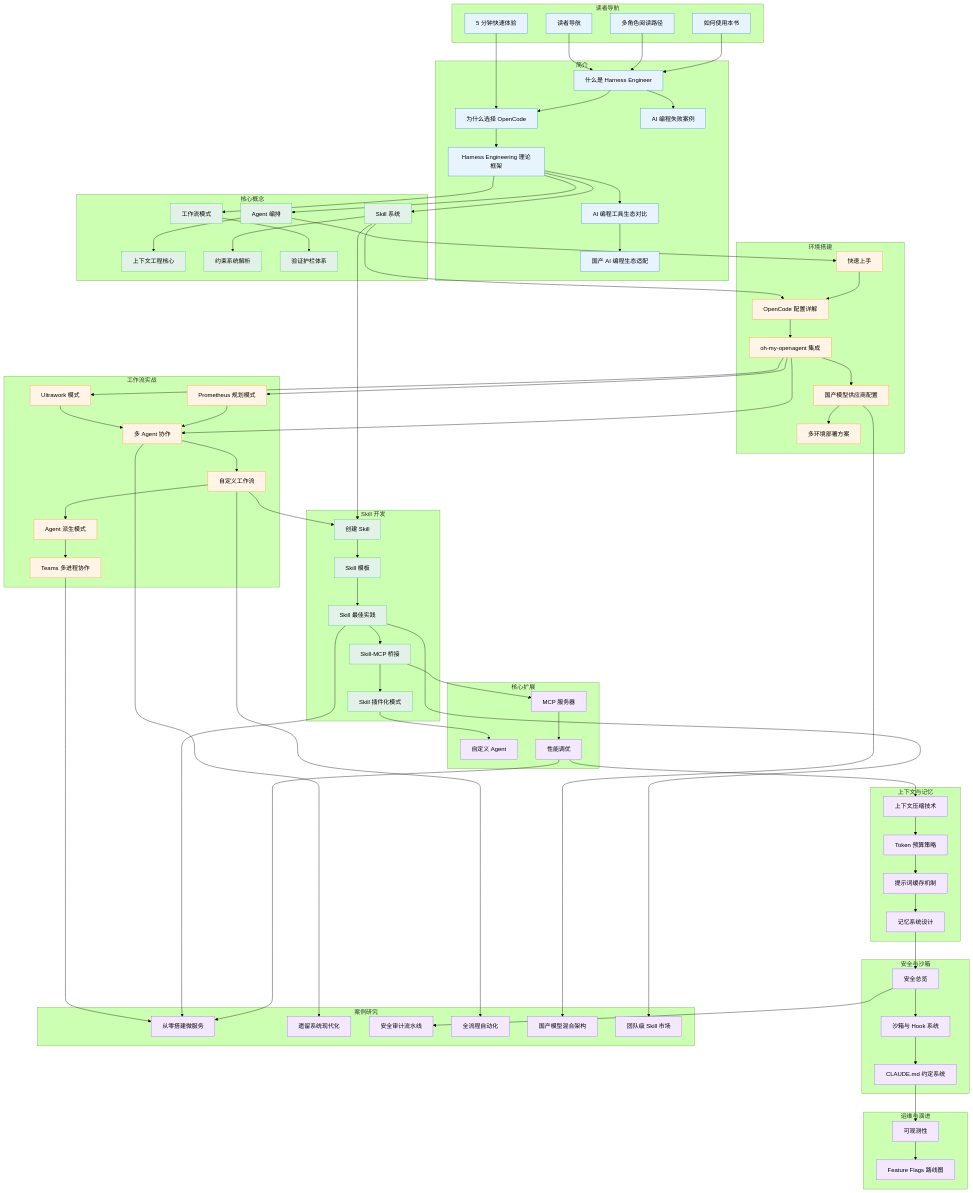
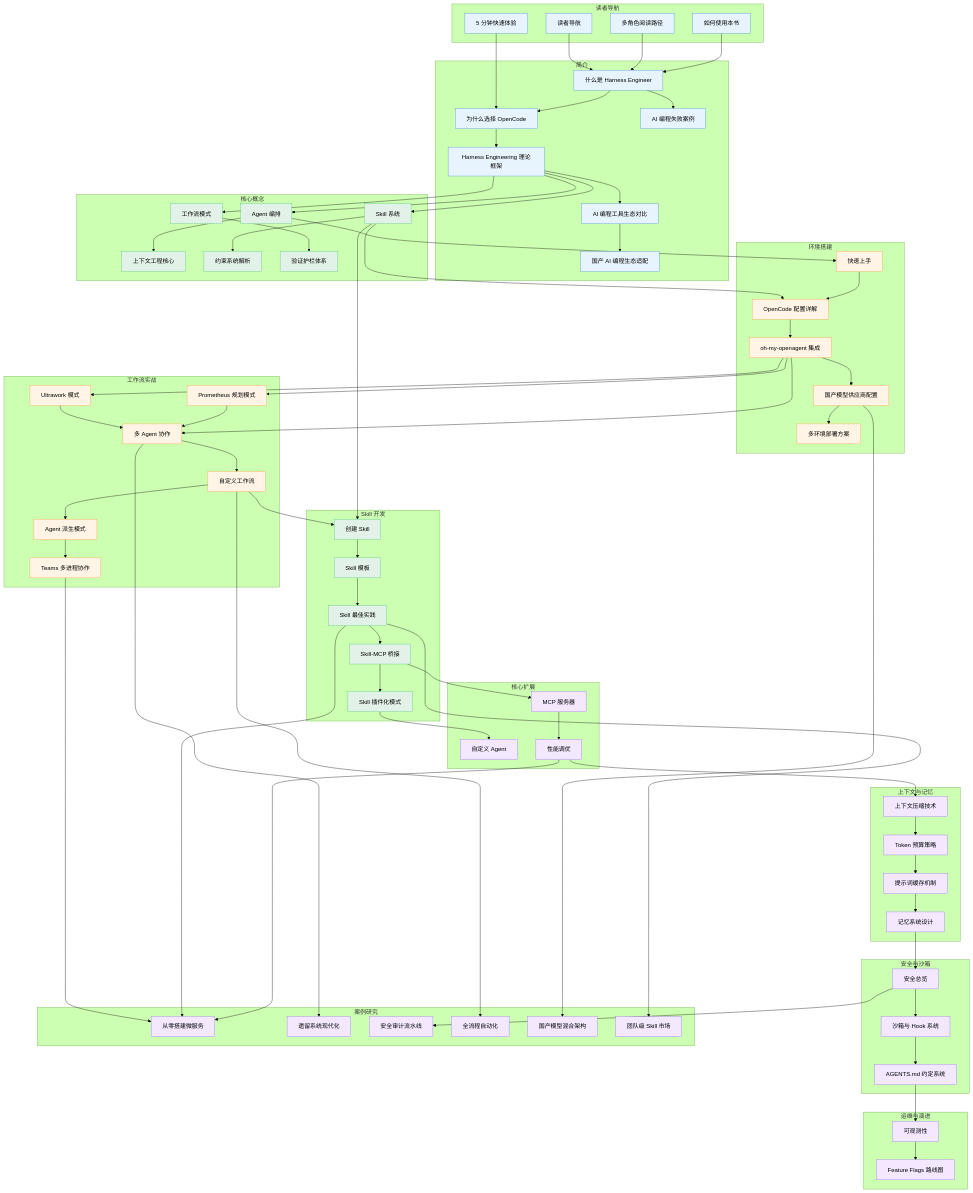
The second of 3 diagrams in src/00-guide/reading-paths.md (tonydeng/harness-engineering-from-oc-to-ai-coding), drawn with Mermaid (forest theme) before and after one commit. The commit also changed other lines of this file and 69 other files, not shown here.

```diff
--- a/src/00-guide/reading-paths.md
+++ b/src/00-guide/reading-paths.md
@@ -290,7 +290,7 @@
     subgraph Ch6C["安全与沙箱"]
         G6_8["安全总览"]
         G6_9["沙箱与 Hook 系统"]
-        G6_10["CLAUDE.md 约定系统"]
+        G6_10["AGENTS.md 约定系统"]
     end
 
     subgraph Ch6D["运维与演进"]
```
